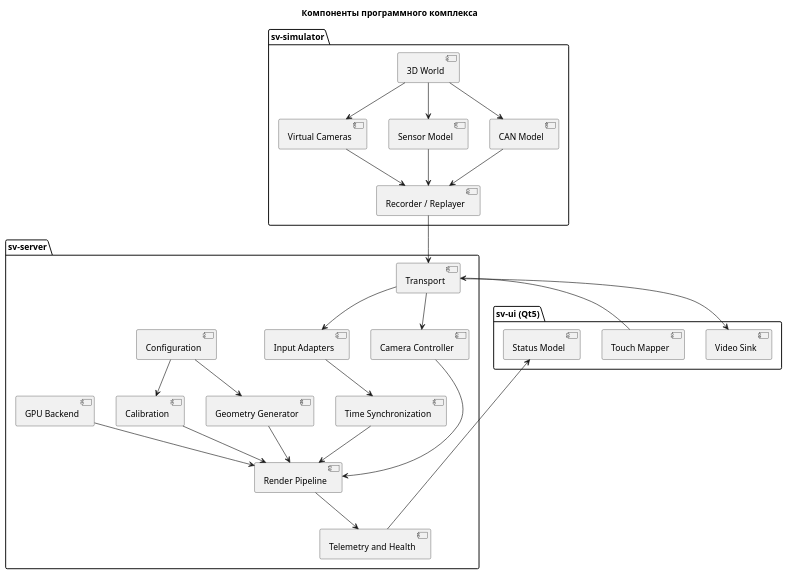
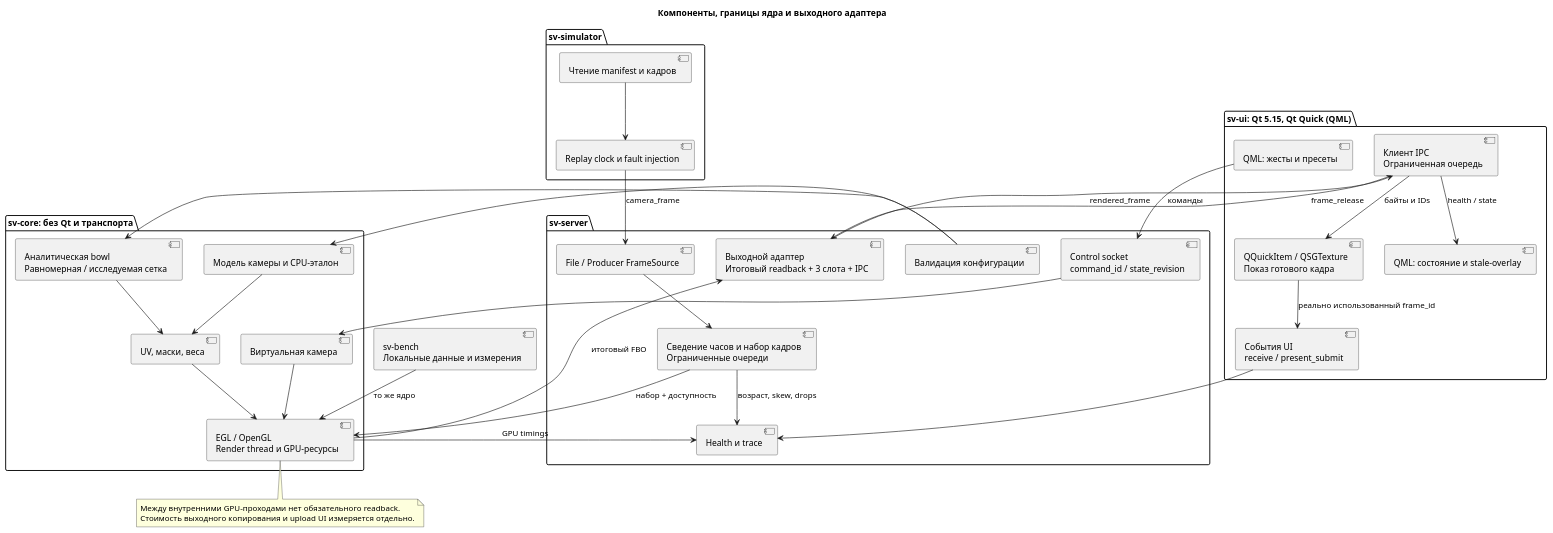
Before and after one commit to AKTOETO/Surround-view: the diagram in docs/diagrams/components.puml, drawn with PlantUML. The commit also changed other lines of this file and 17 other files, not shown here.

```diff
--- a/docs/diagrams/components.puml
+++ b/docs/diagrams/components.puml
@@ -1,53 +1,57 @@
-@startuml Компоненты программного комплекса
-title Компоненты программного комплекса
-
+@startuml
+title Компоненты, границы ядра и выходного адаптера
+' Статус: проектная редакция 19.09.2026. Решения: SYSTEM_ARCHITECTURE.md, ADR-001/002/003.
+package "sv-core: без Qt и транспорта" {
+  [Модель камеры и CPU-эталон] as Camera
+  [Аналитическая bowl\nРавномерная / исследуемая сетка] as Geometry
+  [UV, маски, веса] as Mapping
+  [Виртуальная камера] as View
+  [EGL / OpenGL\nRender thread и GPU-ресурсы] as GPU
+}
 package "sv-server" {
-  [Transport] as Transport
-  [Input Adapters] as Adapters
-  [Time Synchronization] as TimeSync
-  [Configuration] as ServerConfig
-  [Calibration] as Calibration
-  [Geometry Generator] as Geometry
-  [GPU Backend] as GPU
-  [Render Pipeline] as Render
-  [Camera Controller] as CameraController
-  [Telemetry and Health] as Telemetry
+  [File / Producer FrameSource] as Input
+  [Сведение часов и набор кадров\nОграниченные очереди] as Sync
+  [Валидация конфигурации] as Config
+  [Control socket\ncommand_id / state_revision] as Control
+  [Выходной адаптер\nИтоговый readback + 3 слота + IPC] as Output
+  [Health и trace] as Trace
 }
-
-package "sv-ui (Qt5)" {
-  [Video Sink] as VideoSink
-  [Touch Mapper] as TouchMapper
-  [Status Model] as StatusModel
+package "sv-ui: Qt 5.15, Qt Quick (QML)" {
+  [Клиент IPC\nОграниченная очередь] as Client
+  [QQuickItem / QSGTexture\nПоказ готового кадра] as Display
+  [QML: жесты и пресеты] as Touch
+  [QML: состояние и stale-overlay] as Status
+  [События UI\nreceive / present_submit] as UITrace
 }
-
 package "sv-simulator" {
-  [3D World] as World
-  [Virtual Cameras] as VirtualCameras
-  [Sensor Model] as SensorModel
-  [CAN Model] as CANModel
-  [Recorder / Replayer] as Recorder
+  [Чтение manifest и кадров] as Data
+  [Replay clock и fault injection] as Producer
 }
-
-Transport --> Adapters
-Adapters --> TimeSync
-TimeSync --> Render
-ServerConfig --> Calibration
-ServerConfig --> Geometry
-Calibration --> Render
-Geometry --> Render
-GPU --> Render
-CameraController --> Render
-Render --> Telemetry
-Transport --> CameraController
-Transport --> VideoSink
-TouchMapper --> Transport
-Telemetry --> StatusModel
-World --> VirtualCameras
-World --> SensorModel
-World --> CANModel
-VirtualCameras --> Recorder
-SensorModel --> Recorder
-CANModel --> Recorder
-Recorder --> Transport
-
+[sv-bench\nЛокальные данные и измерения] as Bench
+Config --> Camera
+Config --> Geometry
+Camera --> Mapping
+Geometry --> Mapping
+Mapping --> GPU
+Input --> Sync
+Sync --> GPU : набор + доступность
+Control --> View
+View --> GPU
+GPU --> Output : итоговый FBO
+GPU --> Trace : GPU timings
+Sync --> Trace : возраст, skew, drops
+Output --> Client : rendered_frame
+Client --> Output : frame_release
+Client --> Display : байты и IDs
+Client --> Status : health / state
+Touch --> Control : команды
+Display --> UITrace : реально использованный frame_id
+UITrace --> Trace
+Data --> Producer
+Producer --> Input : camera_frame
+Bench --> GPU : то же ядро
+note bottom of GPU
+  Между внутренними GPU-проходами нет обязательного readback.
+  Стоимость выходного копирования и upload UI измеряется отдельно.
+end note
 @enduml
```
